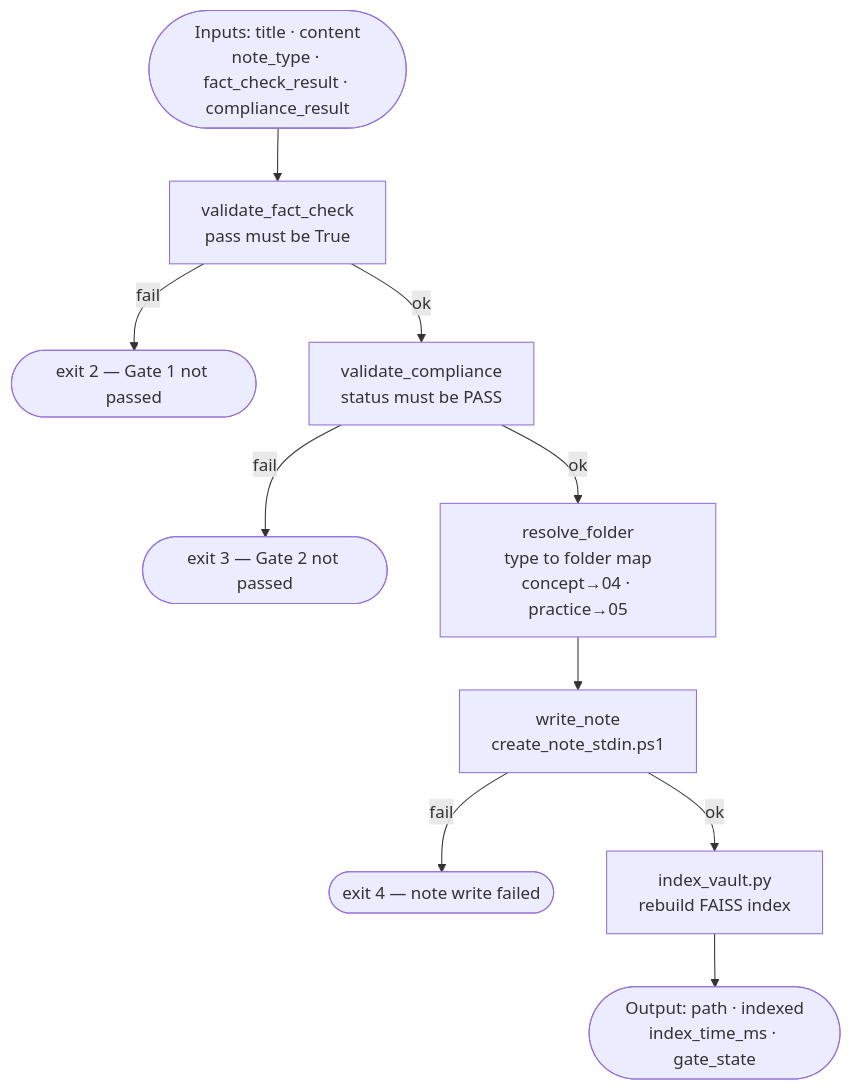
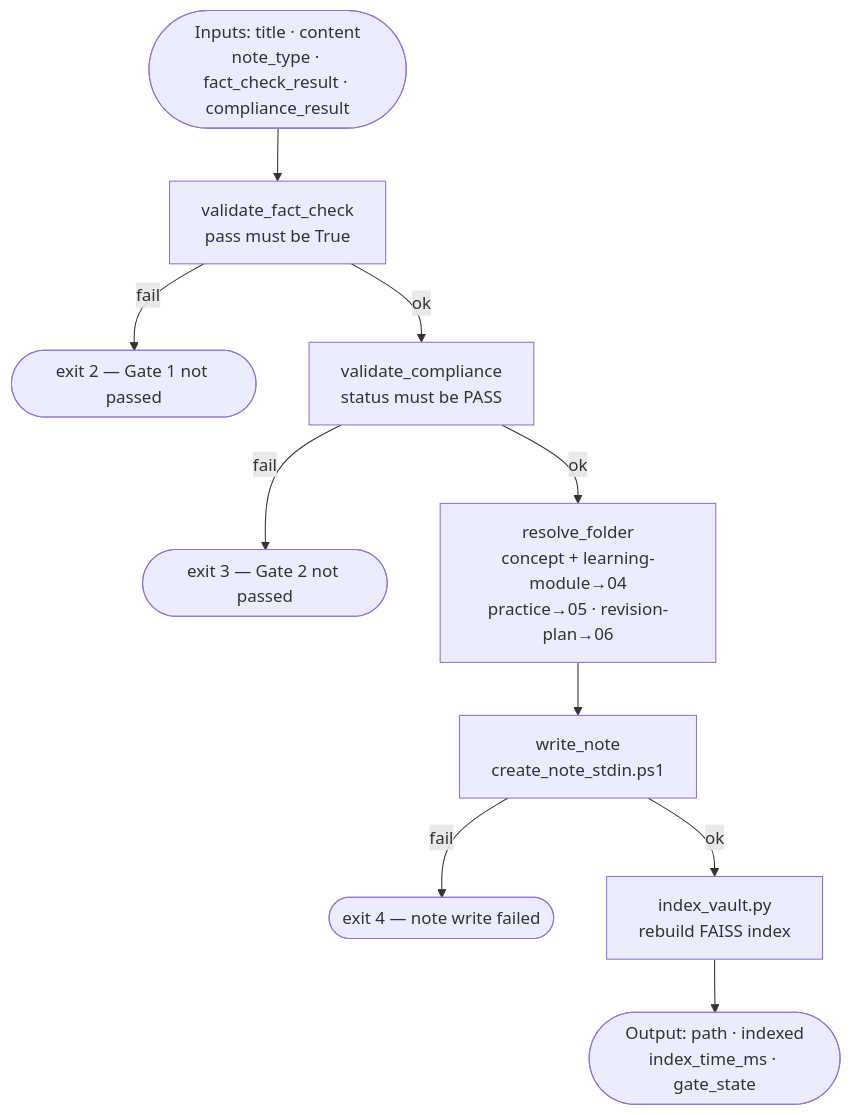
Before and after one commit to rabindranath-mishra/Study_Agent: the fifth of 12 diagrams in 00 - System/Agent Architecture (C4+1).md, drawn with Mermaid. The commit also changed other lines of this file, not shown here.

````diff
--- a/00 - System/Agent Architecture (C4+1).md
+++ b/00 - System/Agent Architecture (C4+1).md
@@ -251,14 +253,14 @@
 ```mermaid
 flowchart TD
     IN(["Inputs: title · content<br/>note_type · fact_check_result · compliance_result"])
 
     IN --> VFC["validate_fact_check<br/>pass must be True"]
     VFC -- "fail" --> E2(["exit 2 — Gate 1 not passed"])
     VFC -- "ok" --> VCC["validate_compliance<br/>status must be PASS"]
     VCC -- "fail" --> E3(["exit 3 — Gate 2 not passed"])
-    VCC -- "ok" --> RF["resolve_folder<br/>type to folder map<br/>concept→04 · practice→05"]
+    VCC -- "ok" --> RF["resolve_folder<br/>concept + learning-module→04<br/>practice→05 · revision-plan→06"]
     RF --> WN["write_note<br/>create_note_stdin.ps1"]
     WN -- "fail" --> E4(["exit 4 — note write failed"])
     WN -- "ok" --> IDX["index_vault.py<br/>rebuild FAISS index"]
     IDX --> OUT(["Output: path · indexed<br/>index_time_ms · gate_state"])
 ```
````
